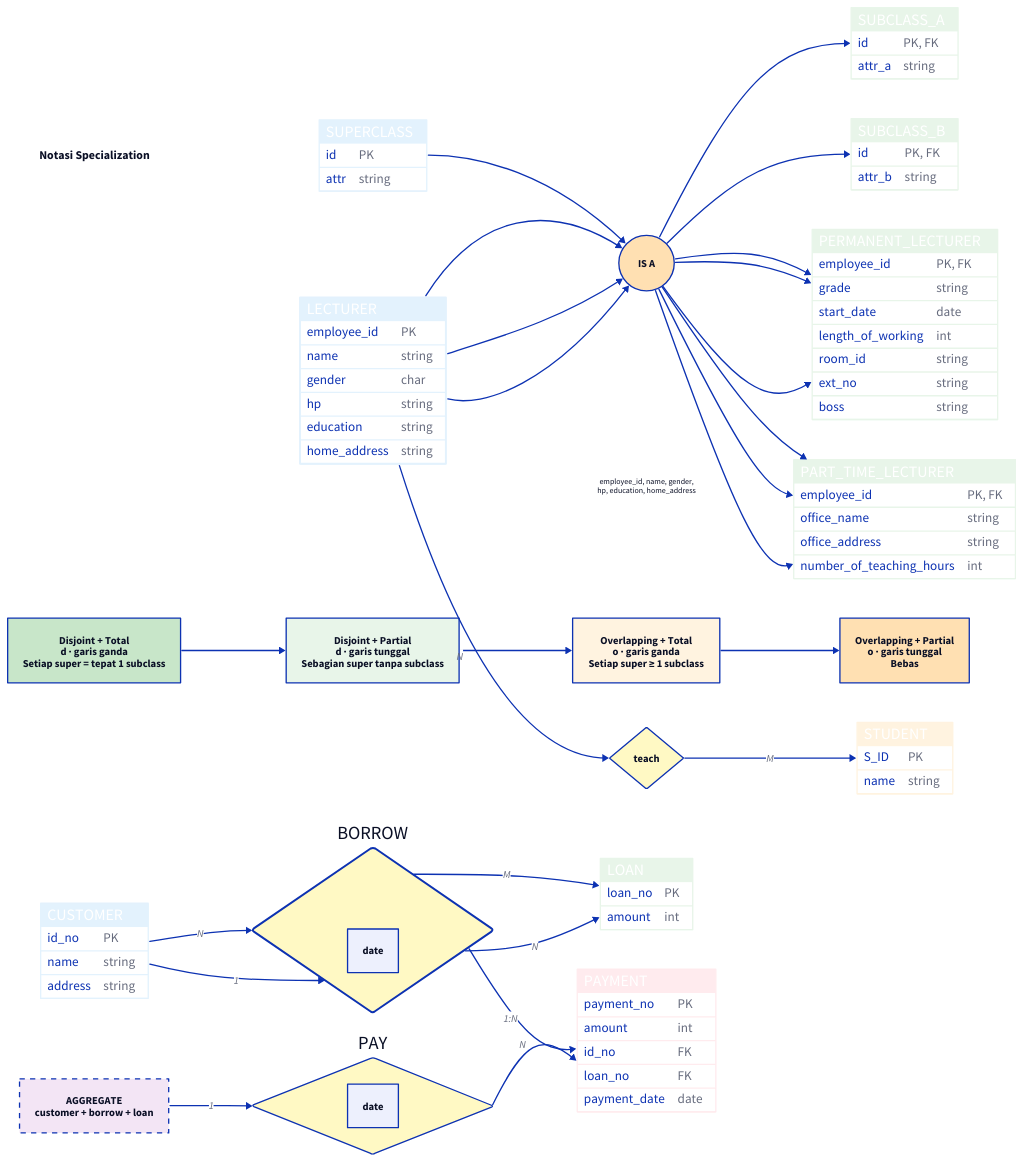
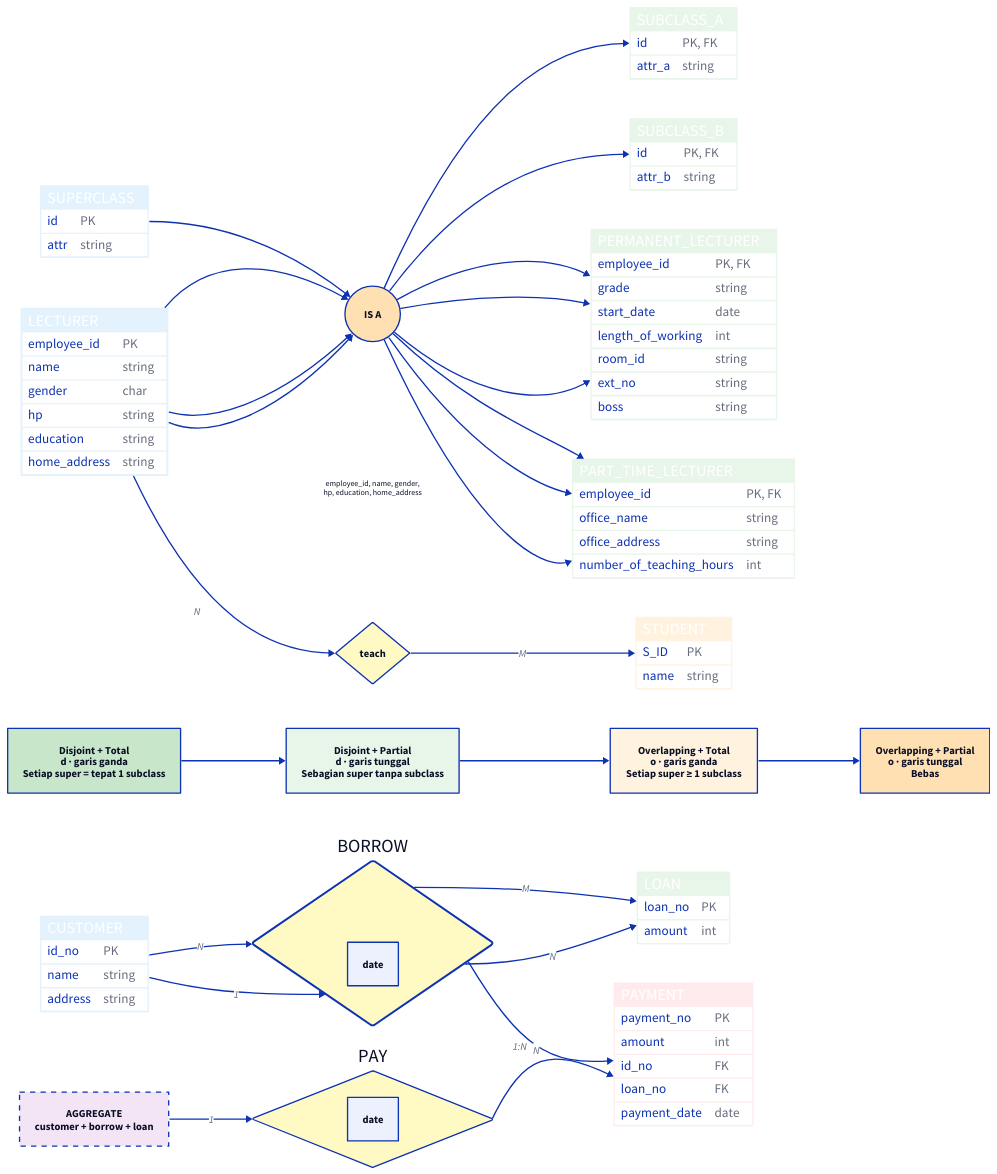
Before and after one commit to mroczect/lectures: the diagram in d2-src/rpl106/pertemuan-3.d2, drawn with D2. The commit also changed 26 other files, not shown here.

```diff
--- a/d2-src/rpl106/pertemuan-3.d2
+++ b/d2-src/rpl106/pertemuan-3.d2
@@ -1,6 +1,5 @@
+# ===== eer-specialization =====
 direction: down
-
-title: "Notasi Specialization" {shape: text; style.font-size: 18; style.bold: true}
 
 super: SUPERCLASS {
   shape: sql_table
@@ -29,8 +28,8 @@
 is_a -> sub1
 is_a -> sub2
 
-title -> super: {style.stroke: transparent}
 
+# ===== eer-specialization-lecturer =====
 direction: down
 
 lecturer: LECTURER {
@@ -72,6 +71,8 @@
 is_a -> perm
 is_a -> part
 
+
+# ===== eer-attribute-inheritance =====
 direction: down
 
 lecturer: "LECTURER" {
@@ -103,6 +104,8 @@
 is_a -> perm
 is_a -> part
 
+
+# ===== eer-relationship-inheritance =====
 direction: right
 
 lecturer: LECTURER {
@@ -144,6 +147,8 @@
 is_a -> perm
 is_a -> part
 
+
+# ===== eer-constraints =====
 direction: down
 
 case_dt: "Disjoint + Total\nd · garis ganda\nSetiap super = tepat 1 subclass" {
@@ -168,6 +173,8 @@
 
 case_dt -> case_dp -> case_ot -> case_op
 
+
+# ===== eer-aggregation =====
 direction: down
 
 customer: CUSTOMER {
@@ -216,6 +223,8 @@
 aggregate_box -> pay: "1"
 pay -> payment: N
 
+
+# ===== eer-bank-aggregation =====
 direction: right
 
 customer: CUSTOMER {
```
